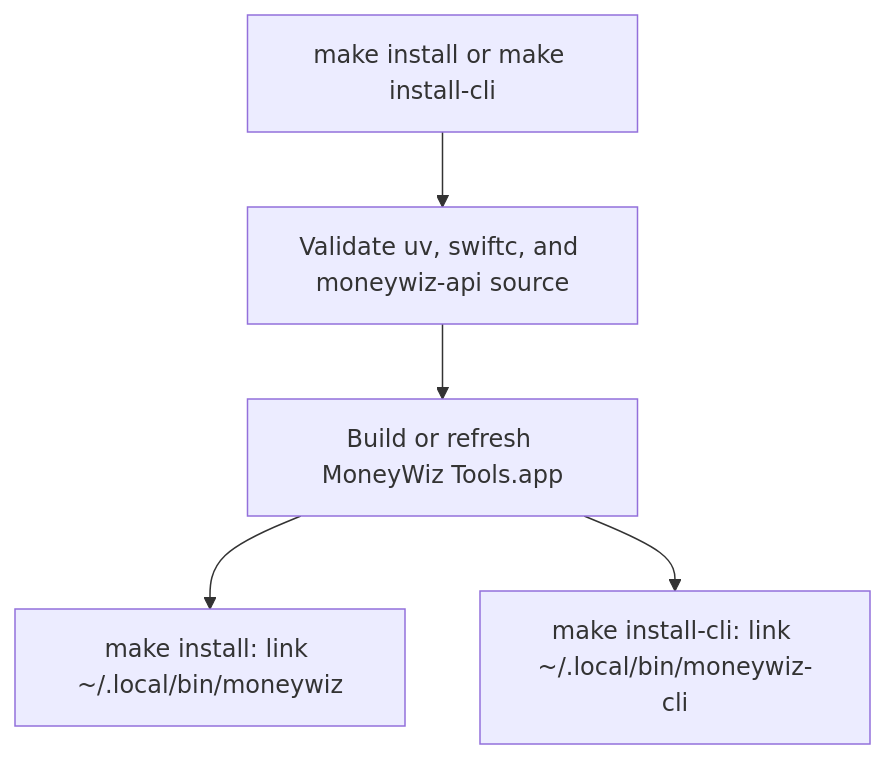
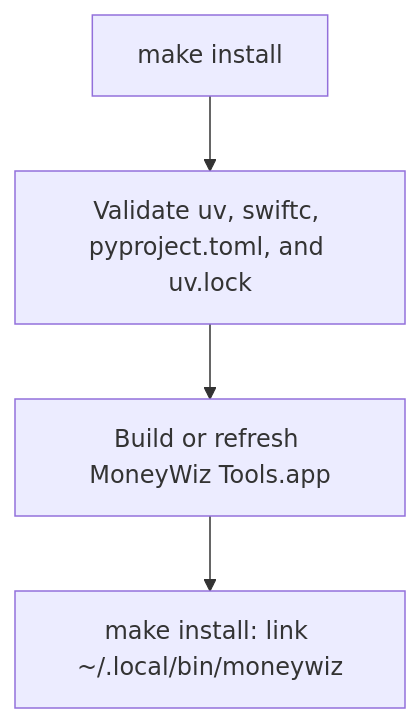
The diagram in doc/BUNDLE-INSTALLATION.md (marcomc/moneywiz-tools), drawn with Mermaid before and after one commit. The commit also changed other lines of this file and 31 other files, not shown here.

First line of the commit message:
Refactor MoneyWiz Tools integration and update schema compatibility

````diff
--- a/doc/BUNDLE-INSTALLATION.md
+++ b/doc/BUNDLE-INSTALLATION.md
@@ -14,9 +14,8 @@
 ```mermaid
 flowchart TD
     accTitle: MoneyWiz Tools installation workflow
-    accDescr: Both installation targets validate build dependencies and refresh the app bundle. Each target then installs only its own command symlink.
-    A["make install or make install-cli"] --> B["Validate uv, swiftc, and moneywiz-api source"]
+    accDescr: Installation validates build dependencies and refreshes the app bundle before installing the product command symlink.
+    A["make install"] --> B["Validate uv, swiftc, pyproject.toml, and uv.lock"]
     B --> C["Build or refresh MoneyWiz Tools.app"]
     C --> D["make install: link ~/.local/bin/moneywiz"]
-    C --> E["make install-cli: link ~/.local/bin/moneywiz-cli"]
 ```
````
